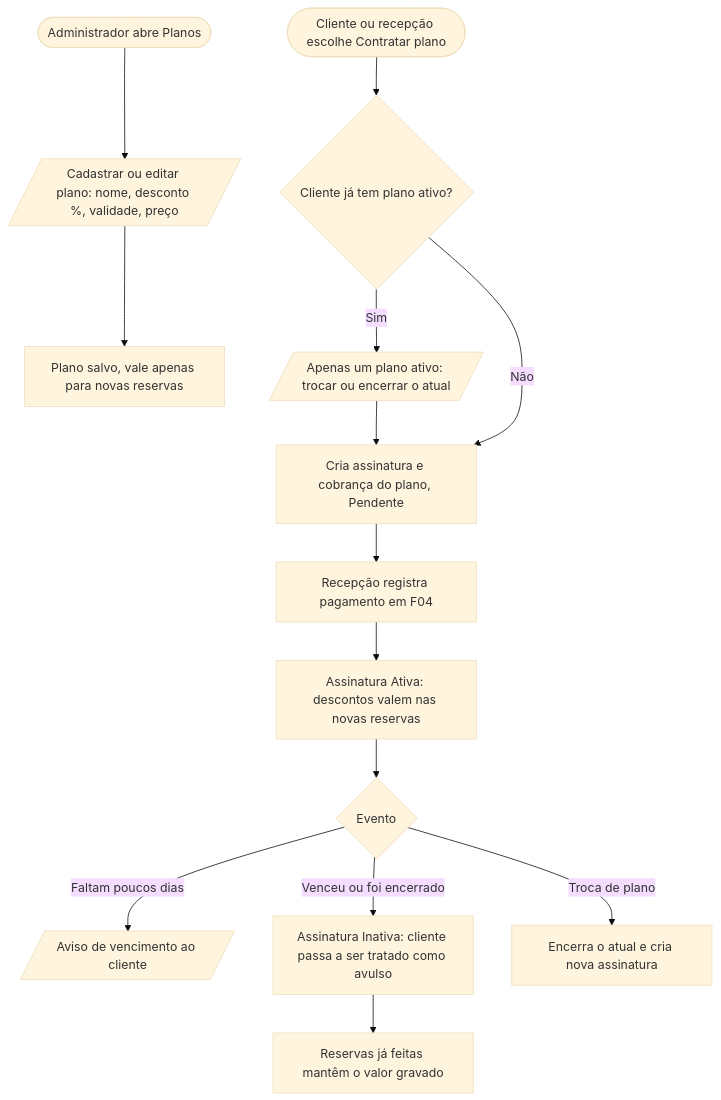
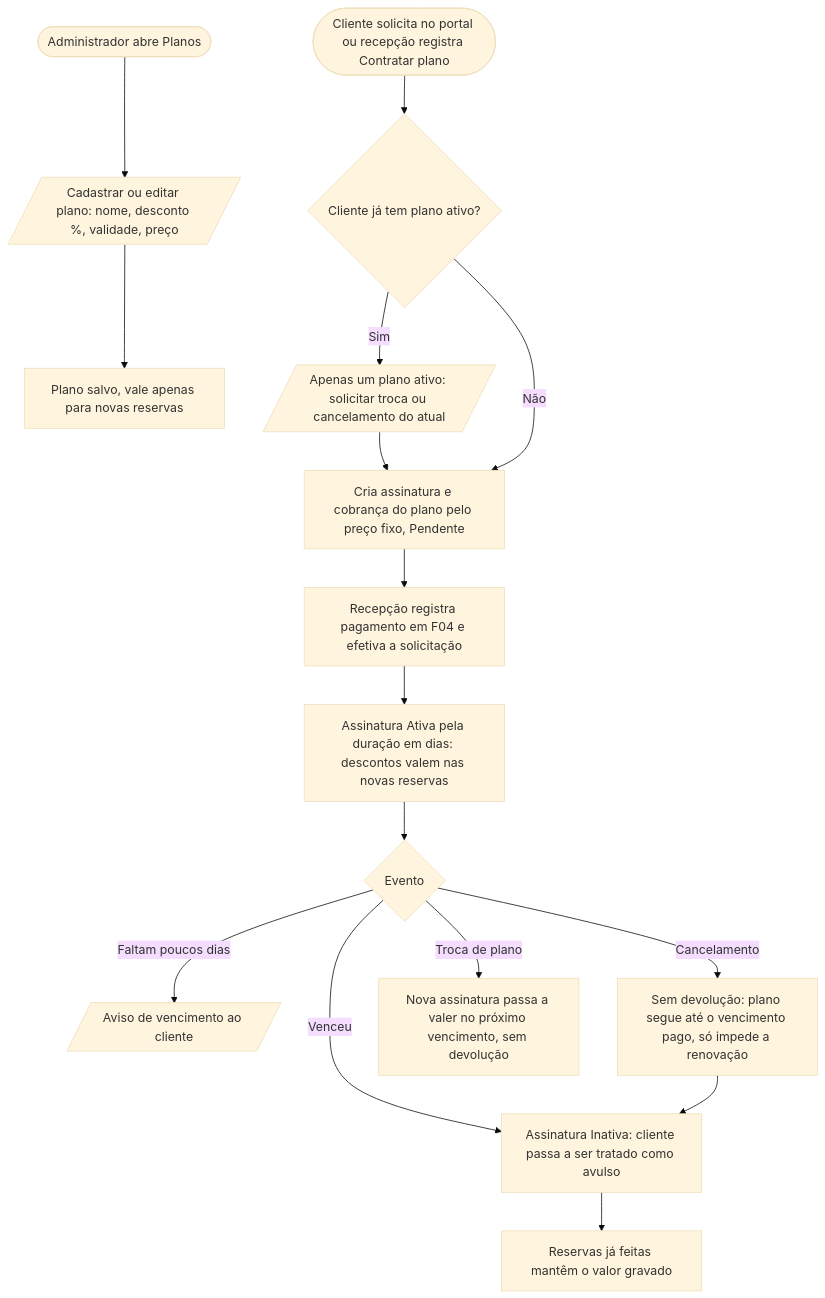
The tenth of 14 diagrams in docs/specs/001-fluxos-reservas-hubbi/fluxos.md (HubbiCoworking/Hubbi), drawn with Mermaid (base theme) before and after one commit. The commit also changed other lines of this file and 132 other files, not shown here.

````diff
--- a/docs/specs/001-fluxos-reservas-hubbi/fluxos.md
+++ b/docs/specs/001-fluxos-reservas-hubbi/fluxos.md
@@ -214,17 +224,18 @@
 ```mermaid
 flowchart TD
     A([Administrador abre Planos]) --> B[/Cadastrar ou editar plano: nome, desconto %, validade, preço/]
     B --> C[Plano salvo, vale apenas para novas reservas]
 
-    D([Cliente ou recepção escolhe Contratar plano]) --> E{Cliente já tem plano ativo?}
-    E -- Sim --> E1[/Apenas um plano ativo: trocar ou encerrar o atual/] --> F
-    E -- Não --> F[Cria assinatura e cobrança do plano, Pendente]
-    F --> G[Recepção registra pagamento em F04]
-    G --> H[Assinatura Ativa: descontos valem nas novas reservas]
+    D([Cliente solicita no portal ou recepção registra Contratar plano]) --> E{Cliente já tem plano ativo?}
+    E -- Sim --> E1[/Apenas um plano ativo: solicitar troca ou cancelamento do atual/] --> F
+    E -- Não --> F[Cria assinatura e cobrança do plano pelo preço fixo, Pendente]
+    F --> G[Recepção registra pagamento em F04 e efetiva a solicitação]
+    G --> H[Assinatura Ativa pela duração em dias: descontos valem nas novas reservas]
 
     H --> I{Evento}
     I -- Faltam poucos dias --> J[/Aviso de vencimento ao cliente/]
-    I -- Venceu ou foi encerrado --> K[Assinatura Inativa: cliente passa a ser tratado como avulso]
-    I -- Troca de plano --> L[Encerra o atual e cria nova assinatura]
+    I -- Venceu --> K[Assinatura Inativa: cliente passa a ser tratado como avulso]
+    I -- Cancelamento --> K1[Sem devolução: plano segue até o vencimento pago, só impede a renovação] --> K
+    I -- Troca de plano --> L[Nova assinatura passa a valer no próximo vencimento, sem devolução]
     K --> M[Reservas já feitas mantêm o valor gravado]
 ```
````
